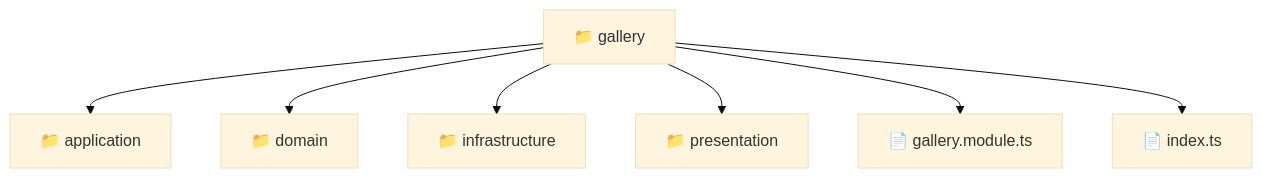
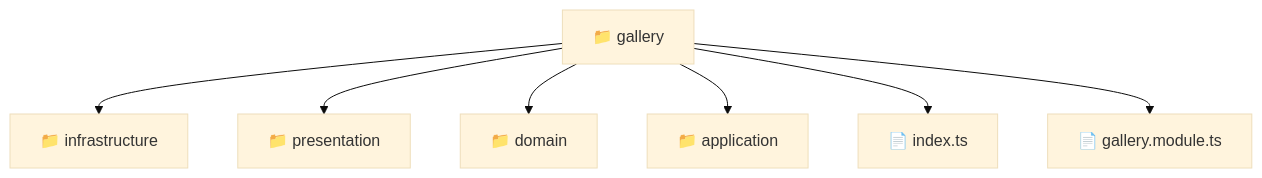
One commit to beginwebdev2002/fullstack-mavluda changed the diagram in backend/src/modules/gallery/README.md. Above: the diagram before and after it, drawn with Mermaid (base theme). The commit also changed other lines of this file and 157 other files, not shown here.

````diff
--- a/backend/src/modules/gallery/README.md
+++ b/backend/src/modules/gallery/README.md
@@ -9,10 +9,10 @@
 ```mermaid
 graph TD
-  Root["📁 gallery"]
-  Root --> application["📁 application"]
-  Root --> domain["📁 domain"]
-  Root --> infrastructure["📁 infrastructure"]
-  Root --> presentation["📁 presentation"]
-  Root --> gallery_module_ts["📄 gallery.module.ts"]
-  Root --> index_ts["📄 index.ts"]
+  gallery["📁 gallery"]
+  gallery --> infrastructure["📁 infrastructure"]
+  gallery --> presentation["📁 presentation"]
+  gallery --> domain["📁 domain"]
+  gallery --> application["📁 application"]
+  gallery --> index_ts["📄 index.ts"]
+  gallery --> gallery_module_ts["📄 gallery.module.ts"]
 ```
````
